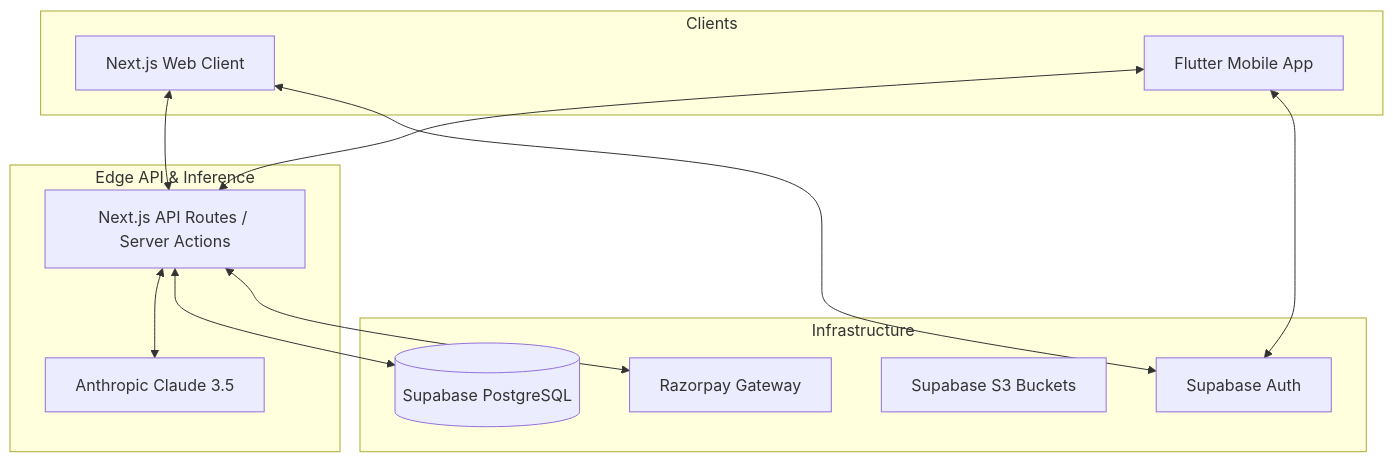
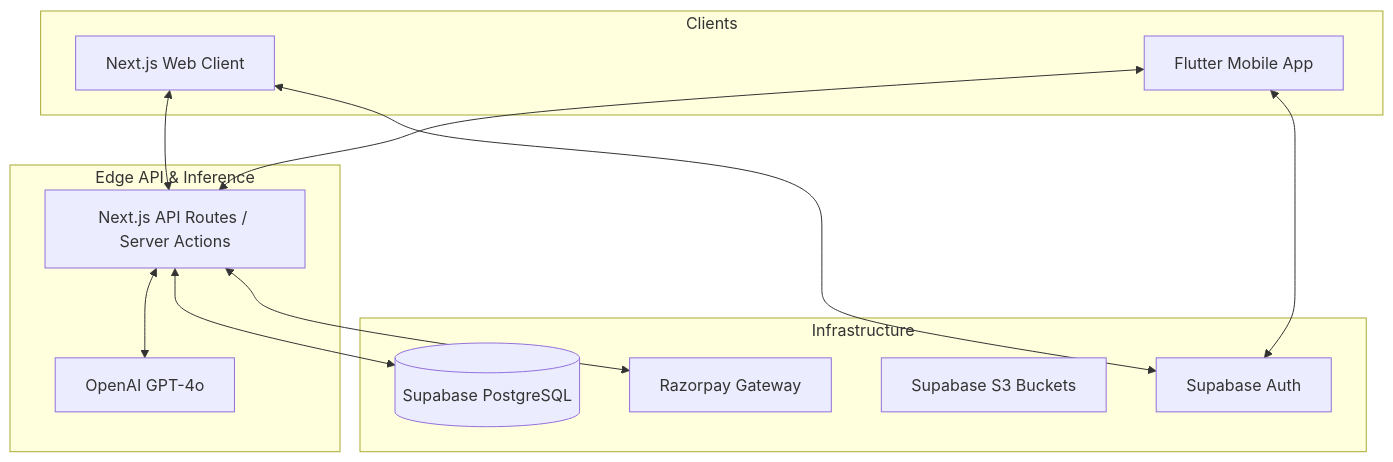
One commit to sbmp69/fitforge changed the diagram in README.md. Above: the diagram before and after it, drawn with Mermaid. The commit also changed other lines of this file, not shown here.

Commit message:
docs: Update README to reflect OpenAI instead of Anthropic

````diff
--- a/README.md
+++ b/README.md
@@ -27,27 +27,27 @@
 ```mermaid
 graph TD
     subgraph Clients
         Web[Next.js Web Client]
         Mobile[Flutter Mobile App]
     end
 
     subgraph Edge API & Inference
         API[Next.js API Routes / Server Actions]
-        Claude[Anthropic Claude 3.5]
+        OpenAI[OpenAI GPT-4o]
     end
 
     subgraph Infrastructure
         DB[(Supabase PostgreSQL)]
         Auth[Supabase Auth]
         Storage[Supabase S3 Buckets]
         Payments[Razorpay Gateway]
     end
 
     Web <--> API
     Mobile <--> API
-    API <--> Claude
+    API <--> OpenAI
     API <--> DB
     API <--> Payments
     Web <--> Auth
     Mobile <--> Auth
 ```
````
